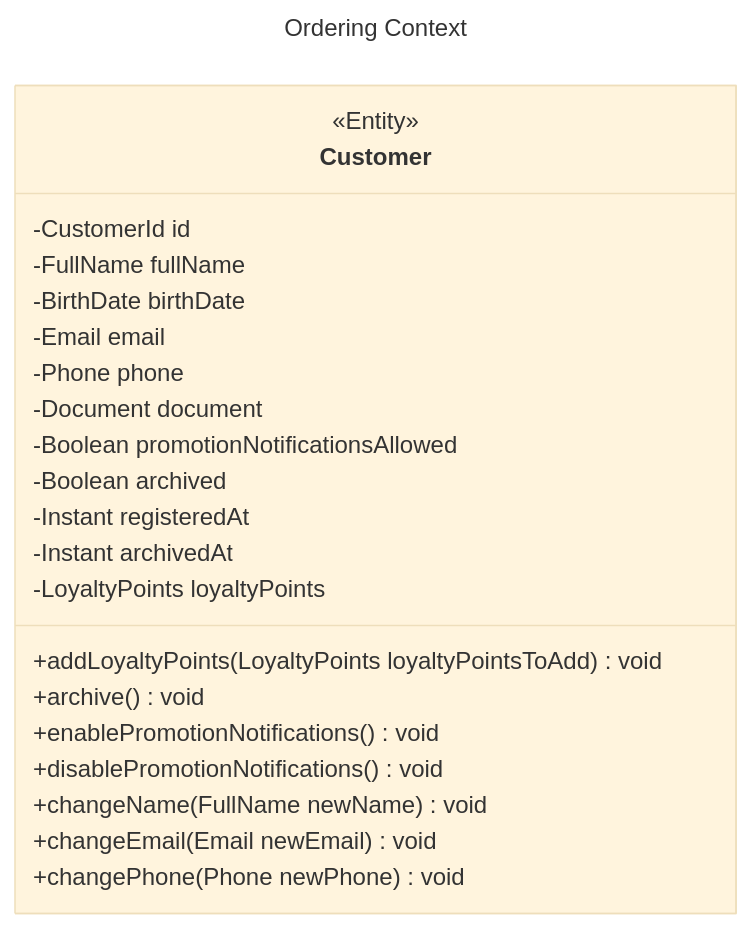
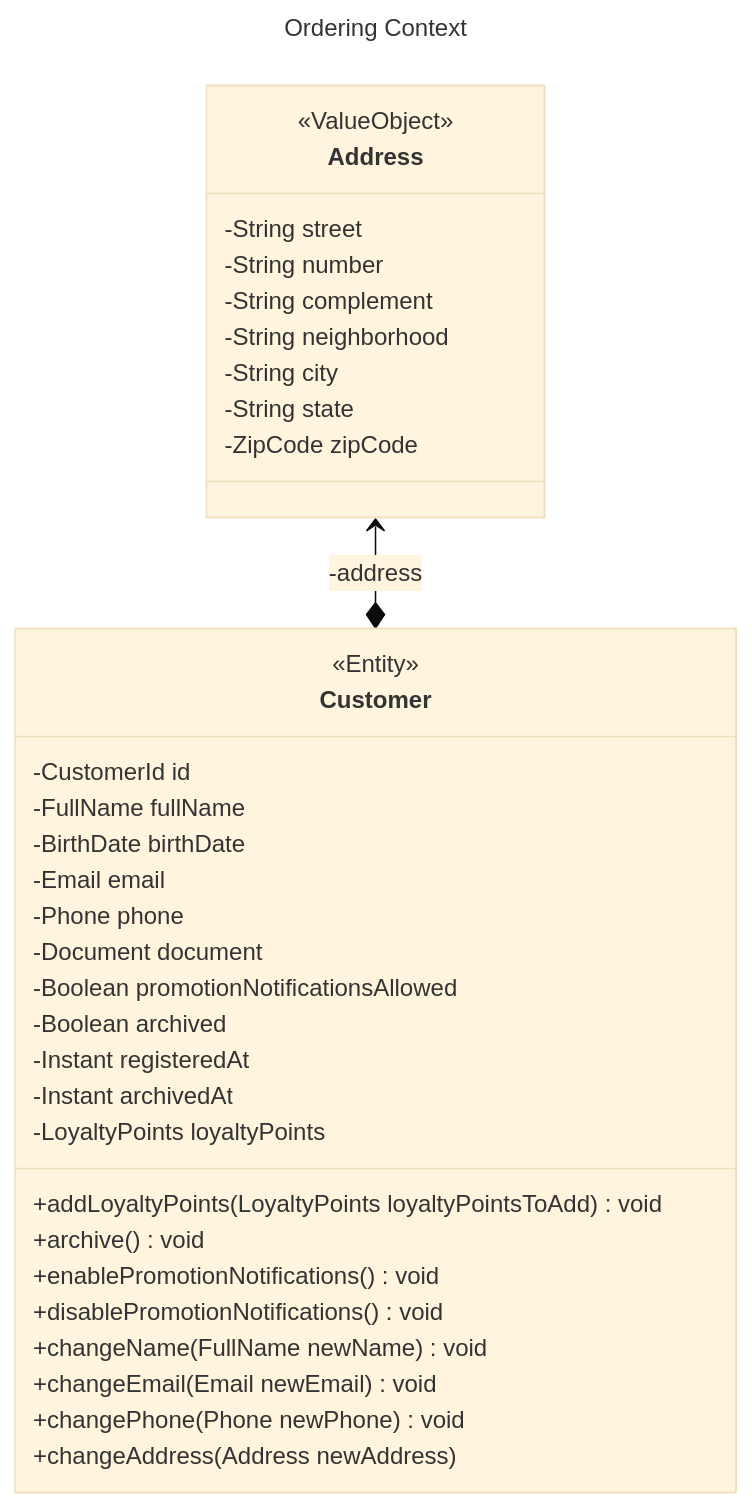
The diagram in domain-model.mmd (allissonnunes/ems-algashop-docs), drawn with Mermaid (base theme) before and after one commit.

Commit message:
Add address support to Customer entity
Introduced the `Address` and `ZipCode` value objects to encapsulate customer address details. Enhanced the `Customer` entity with address management, including anonymization and change operations. Refactored tests to use `CustomerTestDataBuilder` for better test data management.

```diff
--- a/domain-model.mmd
+++ b/domain-model.mmd
@@ -1,26 +1,38 @@
 ---
 title: Ordering Context
 ---
 
 classDiagram
     class Customer {
         <<Entity>>
         -CustomerId id
         -FullName fullName
         -BirthDate birthDate
         -Email email
         -Phone phone
         -Document document
         -Boolean promotionNotificationsAllowed
         -Boolean archived
         -Instant registeredAt
         -Instant archivedAt
         -LoyaltyPoints loyaltyPoints
         +addLoyaltyPoints(LoyaltyPoints loyaltyPointsToAdd) void
         +archive() void
         +enablePromotionNotifications() void
         +disablePromotionNotifications() void
         +changeName(FullName newName) void
         +changeEmail(Email newEmail) void
         +changePhone(Phone newPhone) void
+        +changeAddress(Address newAddress)
     }
+    class Address {
+        <<ValueObject>>
+        -String street
+        -String number
+        -String complement
+        -String neighborhood
+        -String city
+        -String state
+        -ZipCode zipCode
+    }
+    Address <--* Customer: -address
```
